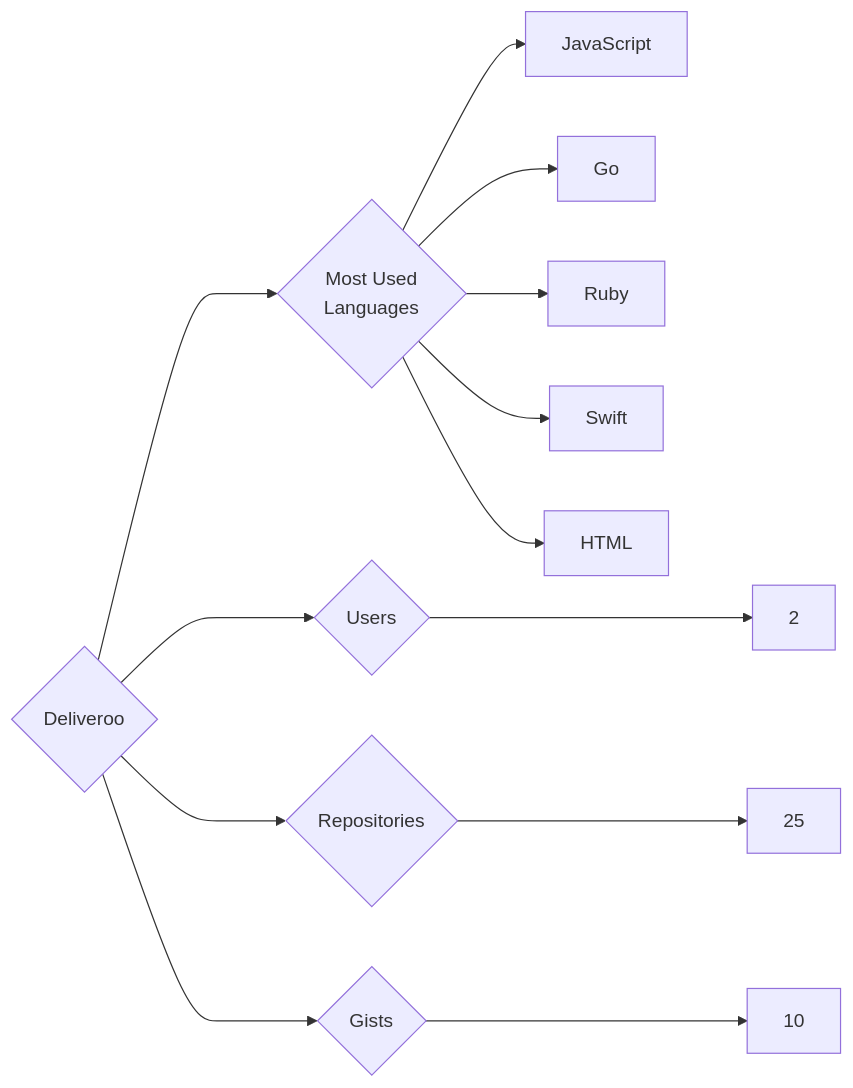
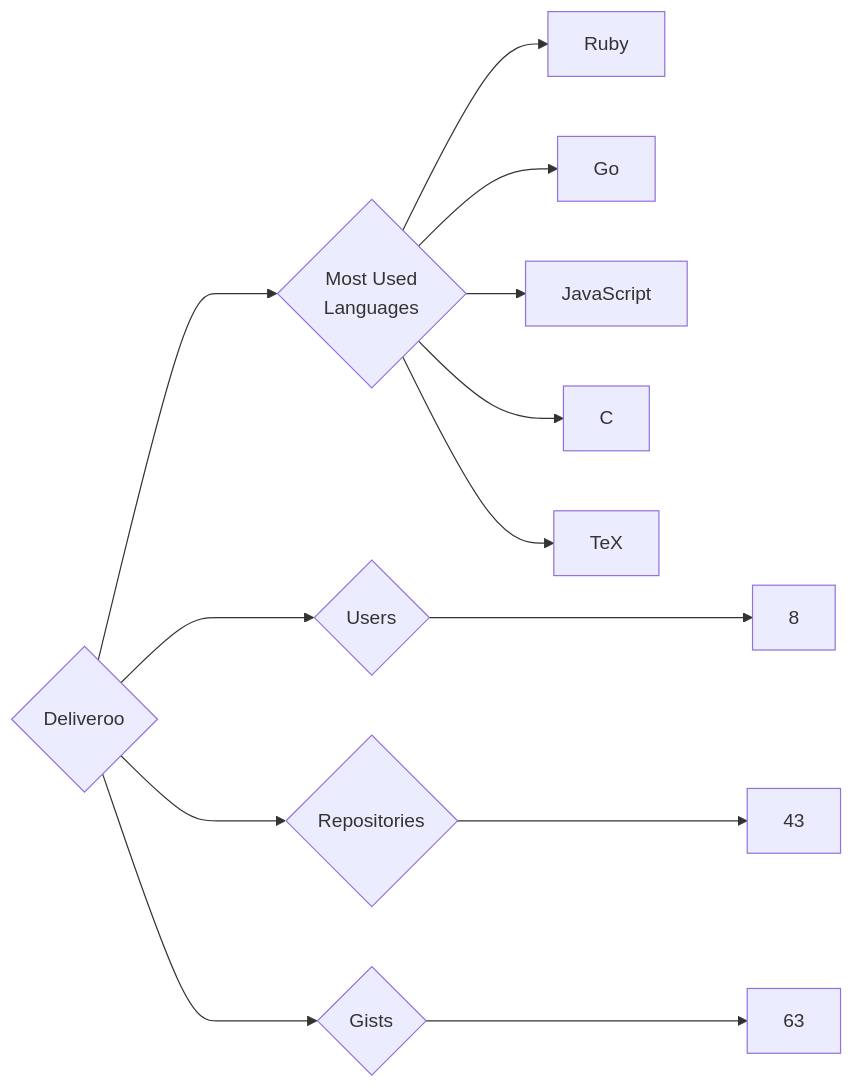
One commit to trickest/insiders changed the diagram in targets/Deliveroo/README.md. Above: the diagram before and after it, drawn with Mermaid. The commit also changed 815 other files, not shown here.

````diff
--- a/targets/Deliveroo/README.md
+++ b/targets/Deliveroo/README.md
@@ -3,13 +3,13 @@
 ```mermaid
 graph LR
 COMPANY_NAME{Deliveroo}
-COMPANY_NAME ---> U{Users} ---> UN[2]
-COMPANY_NAME ---> R{Repositories} ---> RN[25]
-COMPANY_NAME ---> G{Gists} ---> GN[10]
+COMPANY_NAME ---> U{Users} ---> UN[8]
+COMPANY_NAME ---> R{Repositories} ---> RN[43]
+COMPANY_NAME ---> G{Gists} ---> GN[63]
 COMPANY_NAME ---> ML{Most Used<br>Languages}
+ML --> Ruby[Ruby]
+ML --> Go[Go]
 ML --> JavaScript[JavaScript]
-ML --> Go[Go]
-ML --> Ruby[Ruby]
-ML --> Swift[Swift]
-ML --> HTML[HTML]
+ML --> C[C]
+ML --> TeX[TeX]
 ```
````
